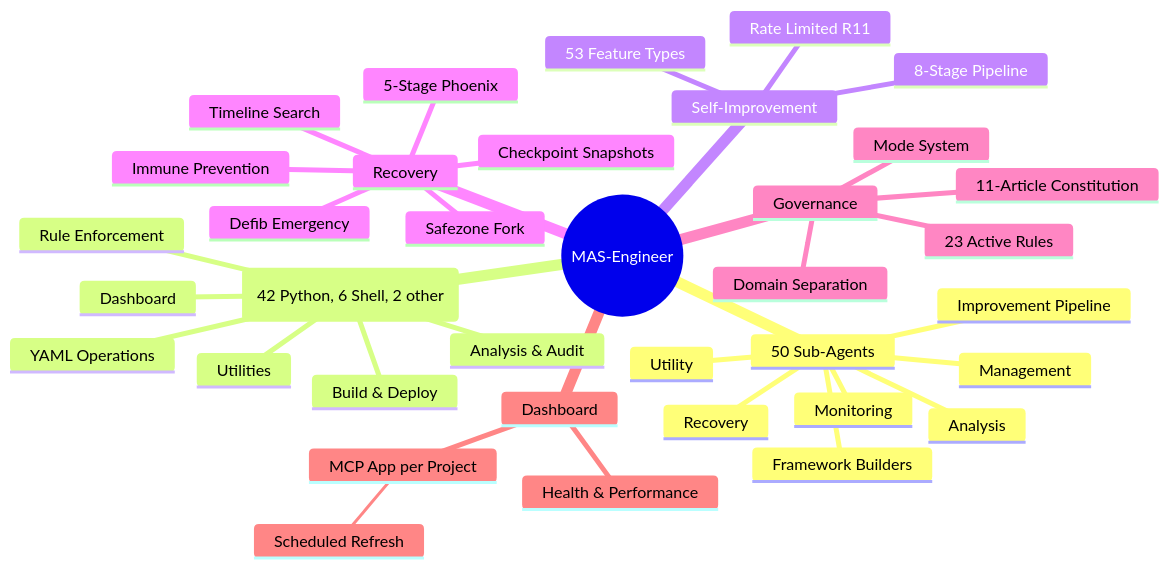
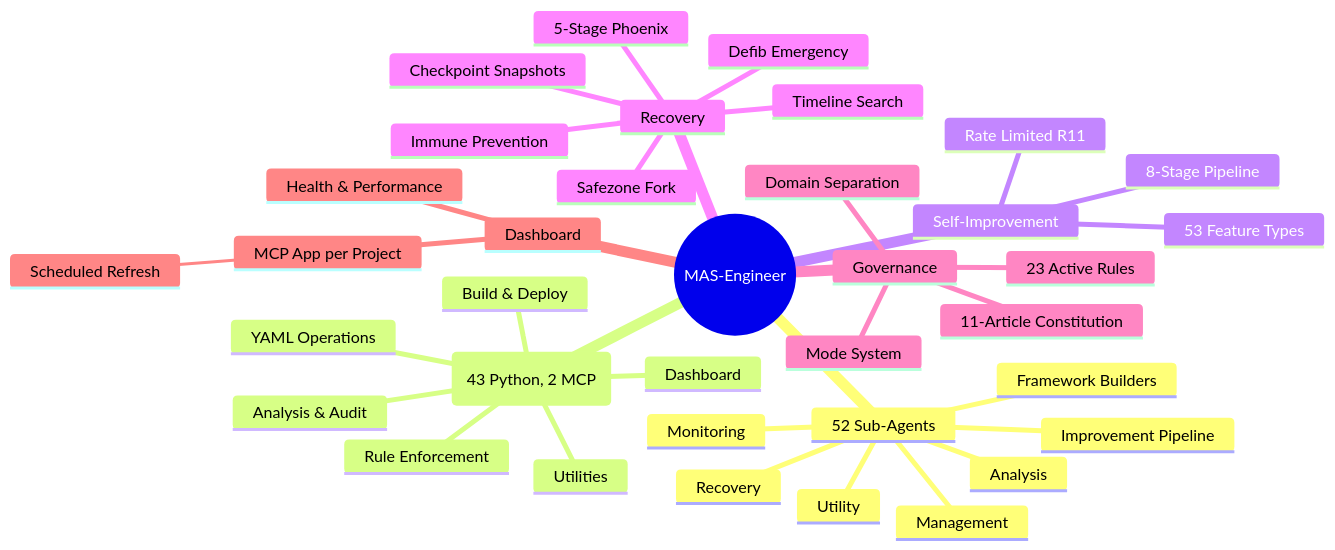
The sixth of 6 diagrams in README.md (mczardybon/mas-engineer), drawn with Mermaid before and after one commit. The commit also changed other lines of this file and 33 other files, not shown here.

````diff
--- a/README.md
+++ b/README.md
@@ -459,39 +459,39 @@
 ```mermaid
 mindmap
   root((MAS-Engineer))
-    50 Sub-Agents
+    52 Sub-Agents
       Framework Builders
       Improvement Pipeline
       Monitoring
       Recovery
       Analysis
       Utility
       Management
-    50 total (42 Python, 6 Shell, 2 other)
+    45 total (43 Python, 2 MCP)
       Rule Enforcement
       YAML Operations
       Build & Deploy
       Analysis & Audit
       Dashboard
       Utilities
     Self-Improvement
       8-Stage Pipeline
       53 Feature Types
       Rate Limited R11
     Recovery
       5-Stage Phoenix
       Immune Prevention
       Checkpoint Snapshots
       Safezone Fork
       Timeline Search
       Defib Emergency
     Governance
       23 Active Rules
       11-Article Constitution
       Mode System
       Domain Separation
     Dashboard
       MCP App per Project
        Scheduled Refresh
       Health & Performance
 ```
````
